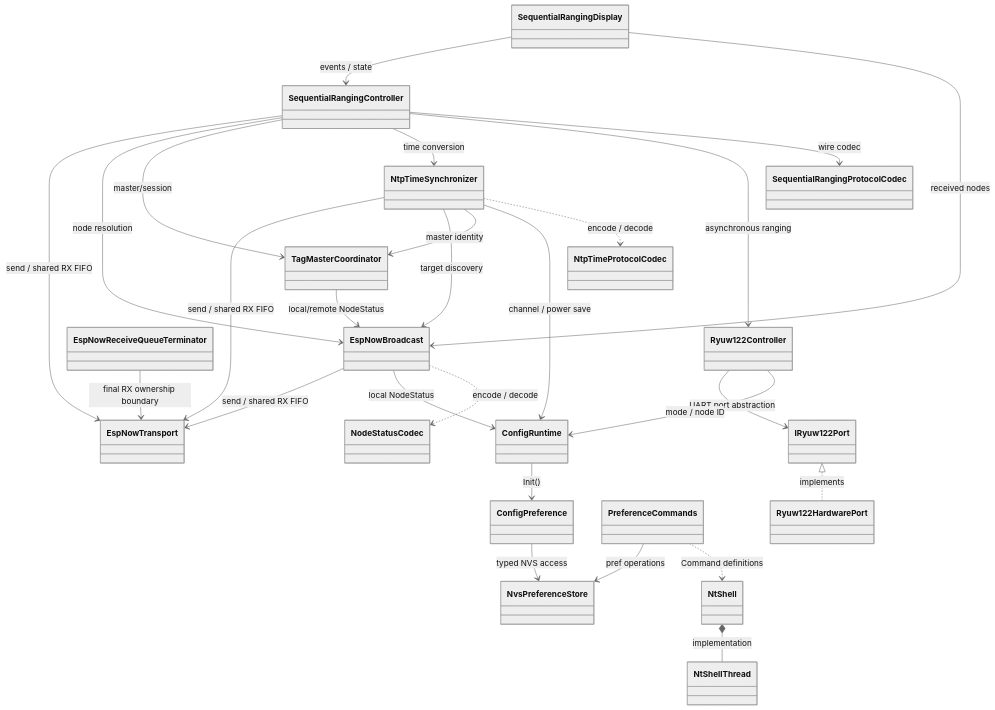
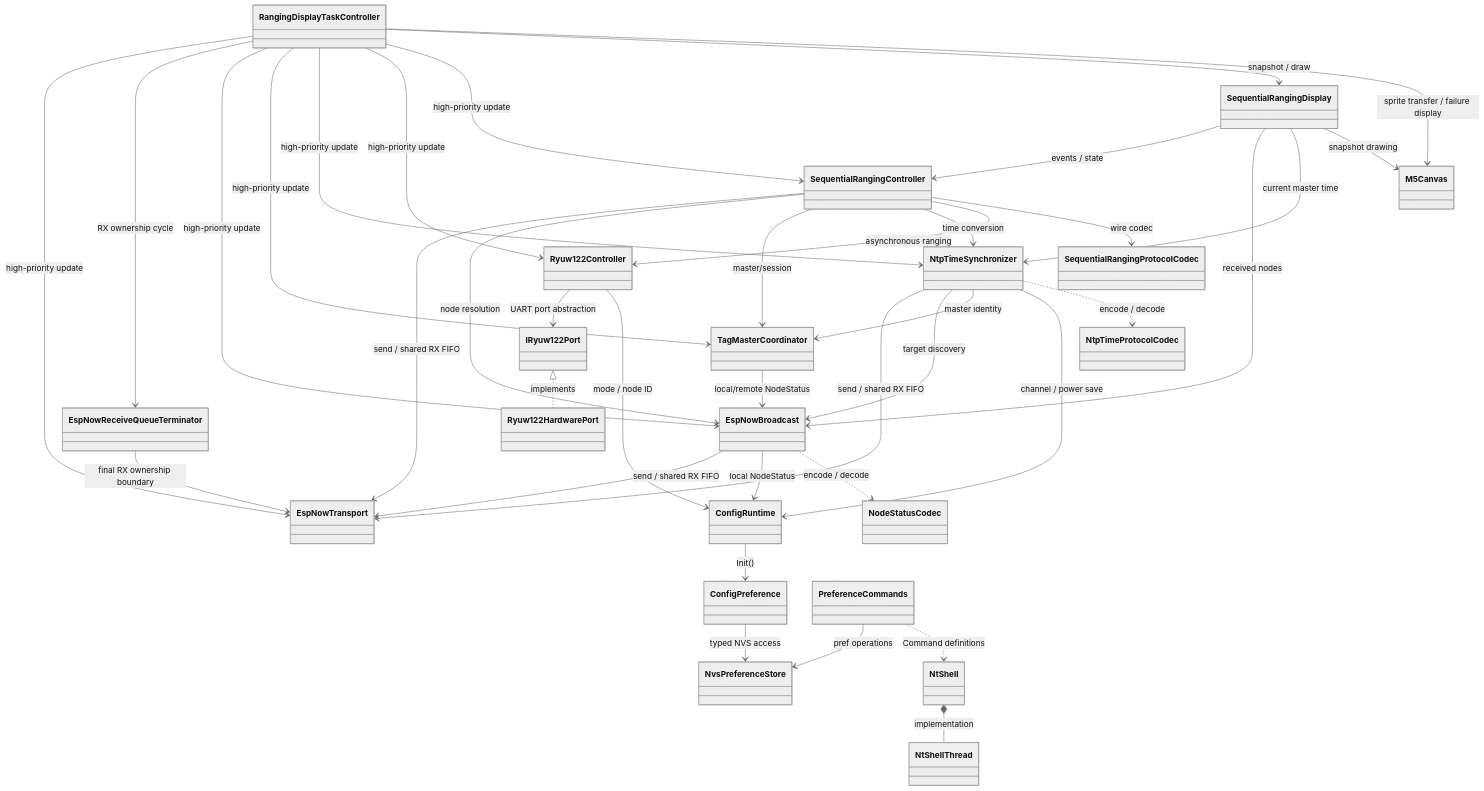
Before and after one commit to ssaattww/RYUW122_M5StickS3: the first of 4 diagrams in docs/current-class-architecture.md, drawn with Mermaid (neutral theme). The commit also changed other lines of this file and 35 other files, not shown here.

````diff
--- a/docs/current-class-architecture.md
+++ b/docs/current-class-architecture.md
@@ -15,58 +15,72 @@
 ```mermaid
 classDiagram
     class NvsPreferenceStore
     class ConfigPreference
     class ConfigRuntime
     class PreferenceCommands
     class NtShell
     class NtShellThread
 
     class EspNowTransport
     class NodeStatusCodec
     class EspNowBroadcast
     class EspNowReceiveQueueTerminator
     class TagMasterCoordinator
 
     class NtpTimeProtocolCodec
     class NtpTimeSynchronizer
 
     class IRyuw122Port
     class Ryuw122HardwarePort
     class Ryuw122Controller
 
     class SequentialRangingProtocolCodec
     class SequentialRangingController
     class SequentialRangingDisplay
+    class RangingDisplayTaskController
+    class M5Canvas
 
     ConfigPreference --> NvsPreferenceStore : typed NVS access
     ConfigRuntime --> ConfigPreference : Init()
     PreferenceCommands --> NvsPreferenceStore : pref operations
     PreferenceCommands ..> NtShell : Command definitions
     NtShell *-- NtShellThread : implementation
 
     EspNowBroadcast --> EspNowTransport : send / shared RX FIFO
     EspNowBroadcast --> ConfigRuntime : local NodeStatus
     EspNowBroadcast ..> NodeStatusCodec : encode / decode
     EspNowReceiveQueueTerminator --> EspNowTransport : final RX ownership boundary
     TagMasterCoordinator --> EspNowBroadcast : local/remote NodeStatus
 
     NtpTimeSynchronizer --> EspNowTransport : send / shared RX FIFO
     NtpTimeSynchronizer --> EspNowBroadcast : target discovery
     NtpTimeSynchronizer --> TagMasterCoordinator : master identity
     NtpTimeSynchronizer --> ConfigRuntime : channel / power save
     NtpTimeSynchronizer ..> NtpTimeProtocolCodec : encode / decode
 
     IRyuw122Port <|.. Ryuw122HardwarePort : implements
     Ryuw122Controller --> IRyuw122Port : UART port abstraction
     Ryuw122Controller --> ConfigRuntime : mode / node ID
 
     SequentialRangingController --> EspNowTransport : send / shared RX FIFO
     SequentialRangingController --> EspNowBroadcast : node resolution
     SequentialRangingController --> TagMasterCoordinator : master/session
     SequentialRangingController --> NtpTimeSynchronizer : time conversion
     SequentialRangingController --> Ryuw122Controller : asynchronous ranging
     SequentialRangingController --> SequentialRangingProtocolCodec : wire codec
 
     SequentialRangingDisplay --> SequentialRangingController : events / state
     SequentialRangingDisplay --> EspNowBroadcast : received nodes
+    SequentialRangingDisplay --> NtpTimeSynchronizer : current master time
+    SequentialRangingDisplay --> M5Canvas : snapshot drawing
+
+    RangingDisplayTaskController --> EspNowTransport : high-priority update
+    RangingDisplayTaskController --> EspNowReceiveQueueTerminator : RX ownership cycle
+    RangingDisplayTaskController --> EspNowBroadcast : high-priority update
+    RangingDisplayTaskController --> TagMasterCoordinator : high-priority update
+    RangingDisplayTaskController --> NtpTimeSynchronizer : high-priority update
+    RangingDisplayTaskController --> Ryuw122Controller : high-priority update
+    RangingDisplayTaskController --> SequentialRangingController : high-priority update
+    RangingDisplayTaskController --> SequentialRangingDisplay : snapshot / draw
+    RangingDisplayTaskController --> M5Canvas : sprite transfer / failure display
 ```
````
